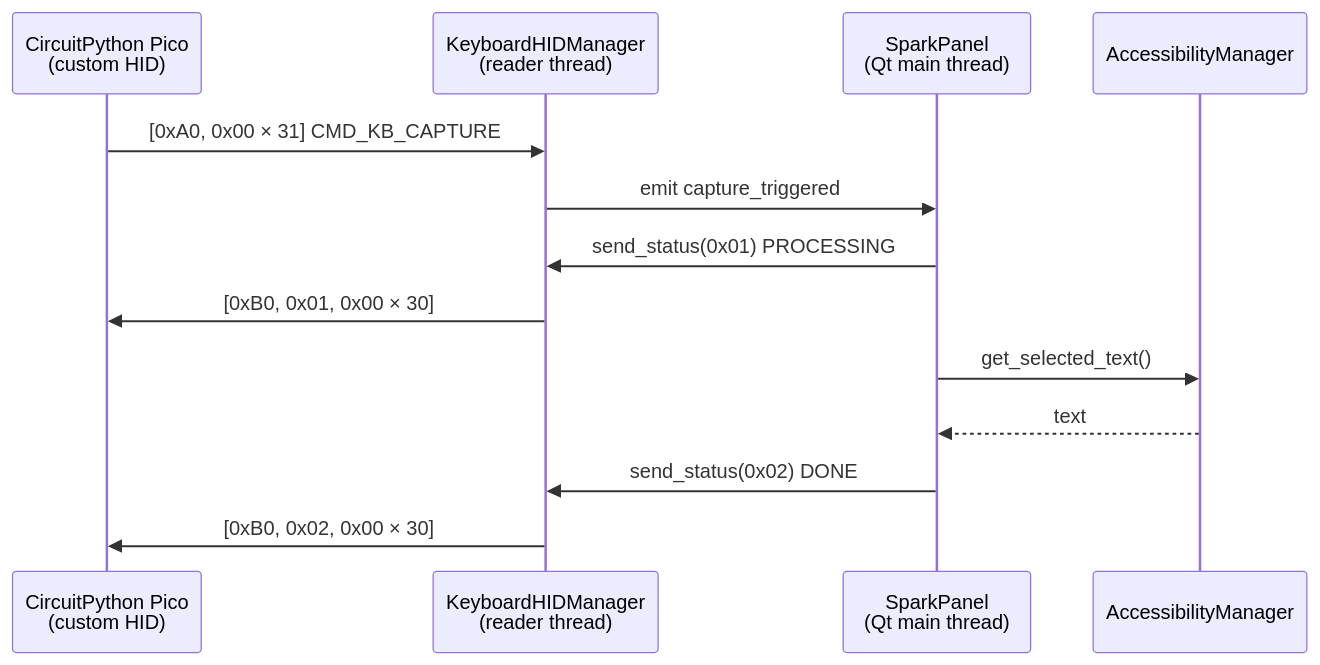
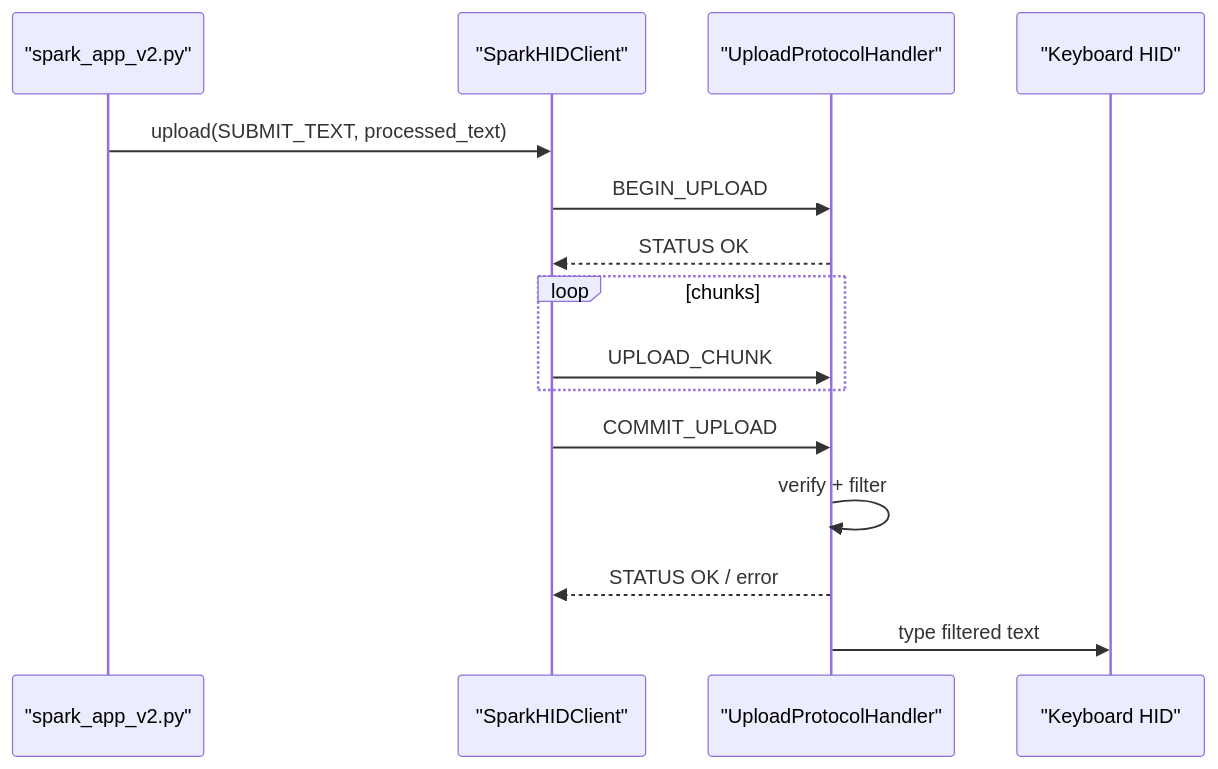
Before and after one commit to Tatyana-AC/SPARK: the third of 3 diagrams in ENGINEERING_SPEC.md, drawn with Mermaid. The commit also changed other lines of this file and 17 other files, not shown here.

Commit message:
Implement CircuitPython Pico firmware and deploy tooling

````diff
--- a/ENGINEERING_SPEC.md
+++ b/ENGINEERING_SPEC.md
@@ -469,16 +350,18 @@
 ```mermaid
 sequenceDiagram
-    participant KB as CircuitPython Pico<br/>(custom HID)
-    participant HID as KeyboardHIDManager<br/>(reader thread)
-    participant App as SparkPanel<br/>(Qt main thread)
-    participant Acc as AccessibilityManager
+    participant App as "spark_app_v2.py"
+    participant HID as "SparkHIDClient"
+    participant Pico as "UploadProtocolHandler"
+    participant KB as "Keyboard HID"
 
-    KB->>HID: [0xA0, 0x00 × 31]  CMD_KB_CAPTURE
-    HID->>App: emit capture_triggered
-    App->>HID: send_status(0x01)  PROCESSING
-    HID->>KB: [0xB0, 0x01, 0x00 × 30]
-    App->>Acc: get_selected_text()
-    Acc-->>App: text
-    App->>HID: send_status(0x02)  DONE
-    HID->>KB: [0xB0, 0x02, 0x00 × 30]
+    App->>HID: upload(SUBMIT_TEXT, processed_text)
+    HID->>Pico: BEGIN_UPLOAD
+    Pico-->>HID: STATUS OK
+    loop chunks
+        HID->>Pico: UPLOAD_CHUNK
+    end
+    HID->>Pico: COMMIT_UPLOAD
+    Pico->>Pico: verify + filter
+    Pico-->>HID: STATUS OK / error
+    Pico->>KB: type filtered text
 ```
````
